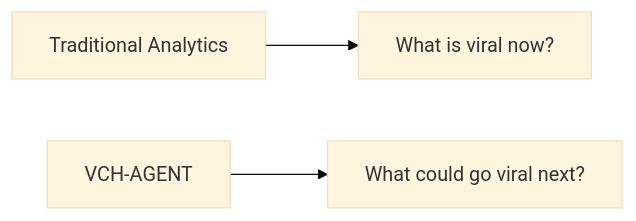
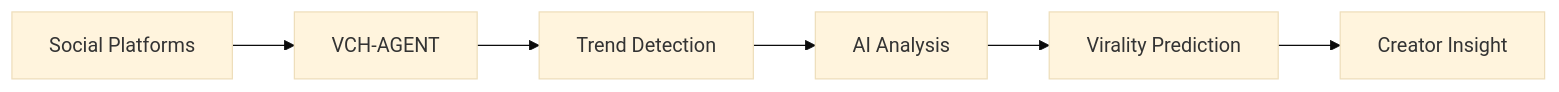
One commit to ajeem-suban/VCH-AGENT changed the second of 2 diagrams in README.md. Above: the diagram before and after it, drawn with Mermaid (base theme). The commit also changed other lines of this file, not shown here.

Commit message:
Improve README with Mermaid architecture diagrams

````diff
--- a/README.md
+++ b/README.md
@@ -419,11 +324,8 @@
 ```mermaid
 flowchart LR
-    A["Traditional Analytics"]
-    B["What is viral now?"]
-
-    C["VCH-AGENT"]
-    D["What could go viral next?"]
-
-    A --> B
-    C --> D
+    A["Social Platforms"] --> B["VCH-AGENT"]
+    B --> C["Trend Detection"]
+    C --> D["AI Analysis"]
+    D --> E["Virality Prediction"]
+    E --> F["Creator Insight"]
 ```
````
